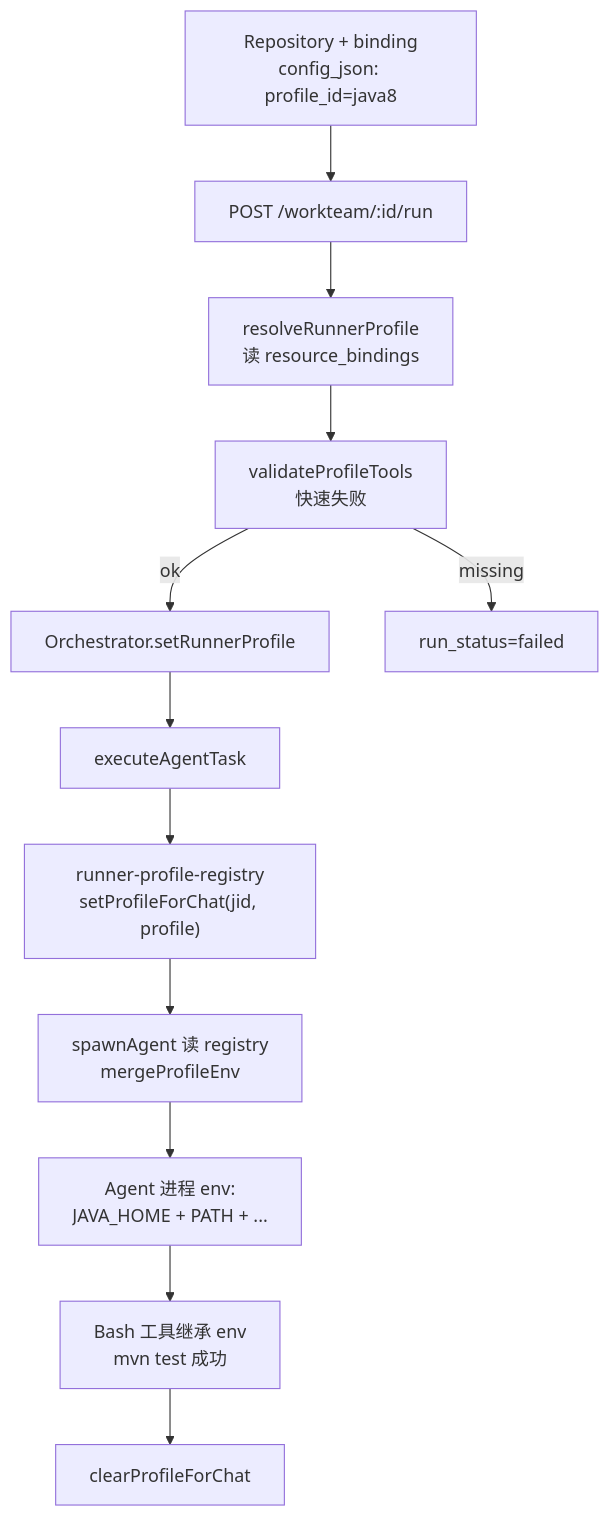
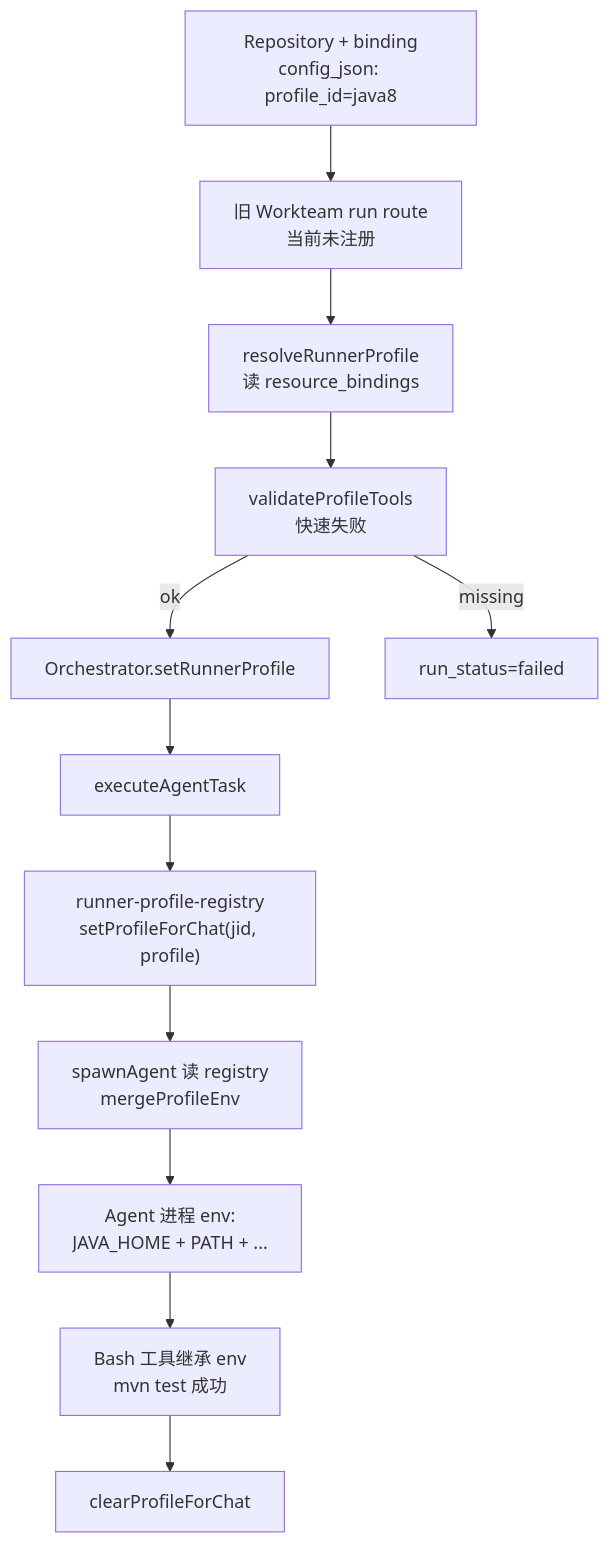
One commit to binidx/nanoClaw changed the diagram in docs/sdlc-runner-profiles.md. Above: the diagram before and after it, drawn with Mermaid. The commit also changed other lines of this file and 106 other files, not shown here.

````diff
--- a/docs/sdlc-runner-profiles.md
+++ b/docs/sdlc-runner-profiles.md
@@ -25,26 +25,26 @@
 ```mermaid
 flowchart TB
   repo["Repository + binding<br/>config_json: profile_id=java8"]
-  run["POST /workteam/:id/run"]
+  run["旧 Workteam run route<br/>当前未注册"]
   res["resolveRunnerProfile<br/>读 resource_bindings"]
   val["validateProfileTools<br/>快速失败"]
   orch["Orchestrator.setRunnerProfile"]
   task["executeAgentTask"]
   reg["runner-profile-registry<br/>setProfileForChat(jid, profile)"]
   spawn["spawnAgent 读 registry<br/>mergeProfileEnv"]
   agent["Agent 进程 env:<br/>JAVA_HOME + PATH + ..."]
   bash["Bash 工具继承 env<br/>mvn test 成功"]
   clr["clearProfileForChat"]
 
   repo --> run
   run --> res
   res --> val
   val -->|ok| orch
   val -->|missing| fail["run_status=failed"]
   orch --> task
   task --> reg
   reg --> spawn
   spawn --> agent
   agent --> bash
   bash --> clr
 ```
````
